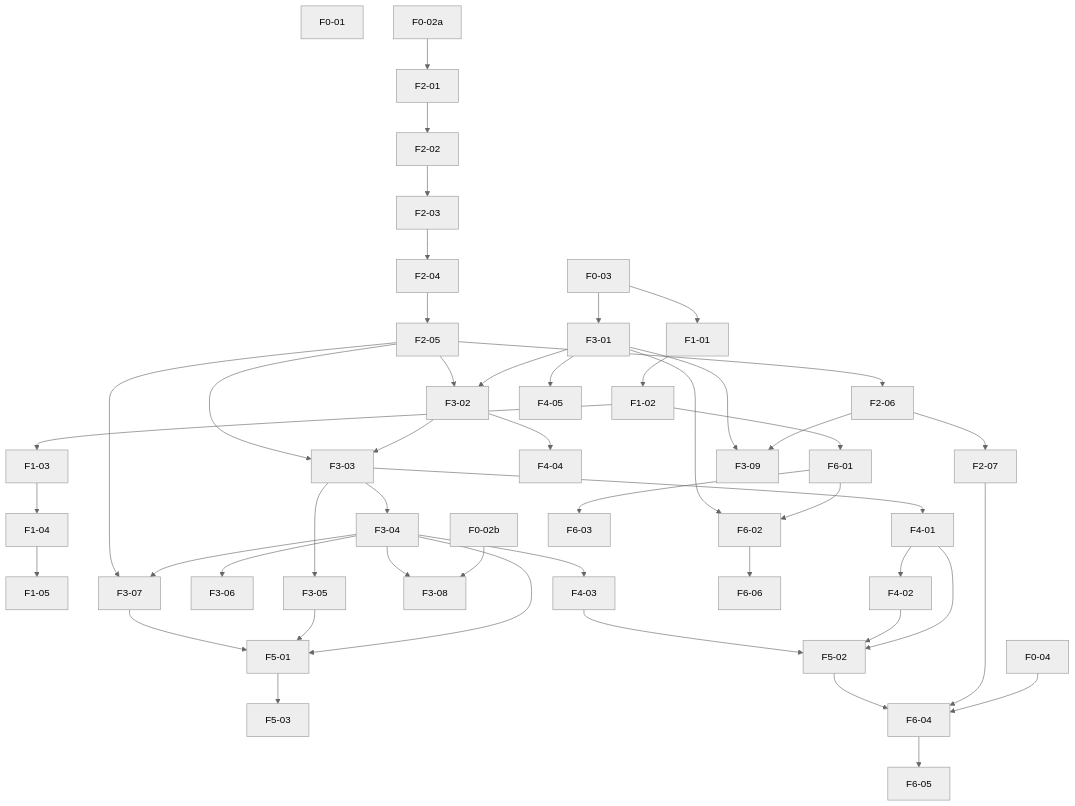
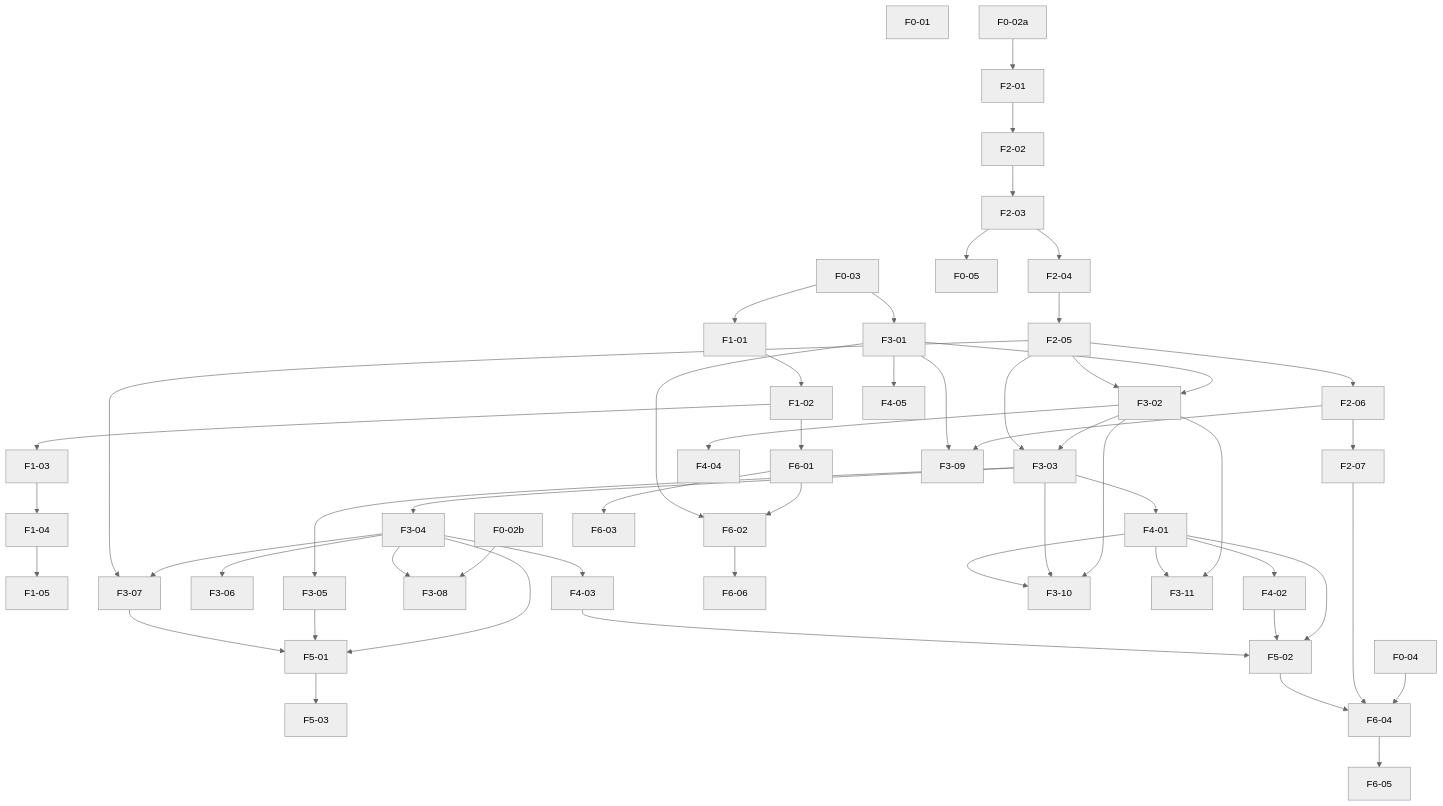
One commit to Equipo-03-Proyecto10/retail-segmentation changed the diagram in docs/backlog.md. Above: the diagram before and after it, drawn with Mermaid (neutral theme). The commit also changed other lines of this file and 6 other files, not shown here.

````diff
--- a/docs/backlog.md
+++ b/docs/backlog.md
@@ -21,50 +21,60 @@
 ```mermaid
 flowchart TD
     F0-01
     F0-02a["F0-02a"]
     F0-02b["F0-02b"]
     F0-03
     F0-04
+    F0-05
 
     F0-03 --> F1-01 --> F1-02 --> F1-03 --> F1-04 --> F1-05
 
     F0-02a --> F2-01 --> F2-02 --> F2-03 --> F2-04 --> F2-05 --> F2-06 --> F2-07
 
     F0-03 --> F3-01
     F3-01 --> F3-02
     F2-05 --> F3-02
     F3-02 --> F3-03
     F2-05 --> F3-03
     F3-03 --> F3-04
     F3-03 --> F3-05
     F3-04 --> F3-06
     F3-04 --> F3-07
     F2-05 --> F3-07
     F0-02b --> F3-08
     F3-04 --> F3-08
 
     F3-03 --> F4-01 --> F4-02
     F3-04 --> F4-03
     F3-02 --> F4-04
     F3-01 --> F4-05
 
     F3-04 --> F5-01
     F3-05 --> F5-01
     F3-07 --> F5-01
     F5-01 --> F5-03
     F4-01 --> F5-02
     F4-02 --> F5-02
     F4-03 --> F5-02
 
     F1-02 --> F6-01 --> F6-02
     F3-01 --> F6-02
     F6-01 --> F6-03
     F0-04 --> F6-04
     F2-07 --> F6-04
     F5-02 --> F6-04
     F6-04 --> F6-05
     F6-02 --> F6-06
 
     F2-06 --> F3-09
     F3-01 --> F3-09
+
+    F2-03 --> F0-05
+
+    F3-02 --> F3-10
+    F3-03 --> F3-10
+    F4-01 --> F3-10
+
+    F3-02 --> F3-11
+    F4-01 --> F3-11
 ```
````
